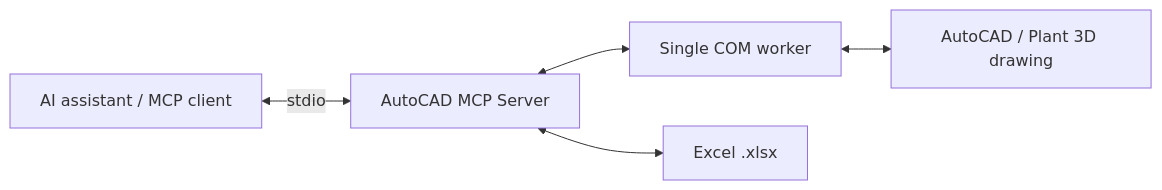
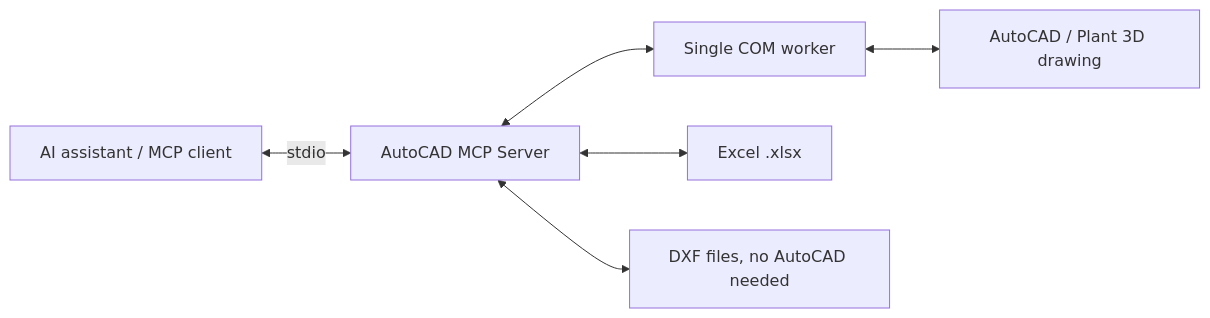
Before and after one commit to C48H74/autocad-mcp: the diagram in README.md, drawn with Mermaid. The commit also changed other lines of this file and 81 other files, not shown here.

````diff
--- a/README.md
+++ b/README.md
@@ -14,7 +68,8 @@
 ```mermaid
 flowchart LR
     A[AI assistant / MCP client] <-->|stdio| B[AutoCAD MCP Server]
     B <--> C[Single COM worker]
     C <--> D[AutoCAD / Plant 3D drawing]
     B <--> E[Excel .xlsx]
+    B <--> F[DXF files, no AutoCAD needed]
 ```
````
